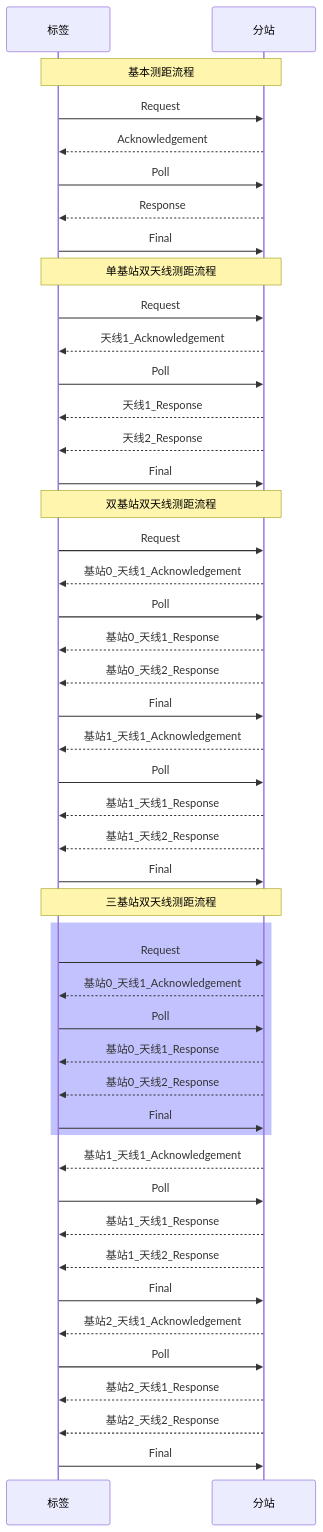
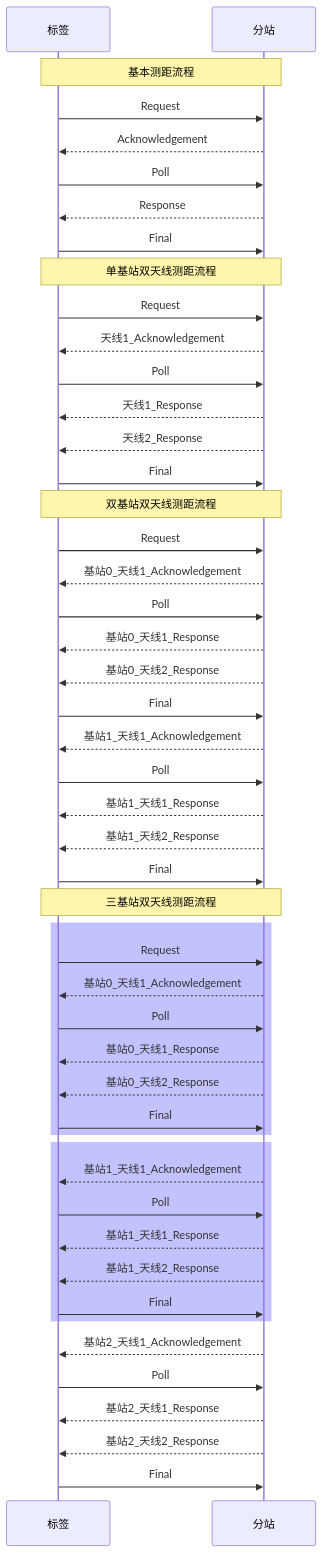
The diagram in all/未命名.md (geek-zhao/iodraw-files), drawn with Mermaid before and after one commit.

Commit message:
2024-08-17 14:19:30 update

````diff
--- a/all/未命名.md
+++ b/all/未命名.md
@@ -1,54 +1,55 @@
 ```mermaid
 sequenceDiagram
     participant tag as 标签
     participant anchor as 分站
 
     Note over tag,anchor: 基本测距流程
     tag->>anchor: Request
     anchor-->>tag: Acknowledgement
     tag->>anchor: Poll
     anchor-->>tag: Response
     tag->>anchor: Final       
 
     Note over tag,anchor: 单基站双天线测距流程
     tag->>anchor: Request
     anchor-->>tag: 天线1_Acknowledgement
     tag->>anchor: Poll
     anchor-->>tag: 天线1_Response 
     anchor-->>tag: 天线2_Response
     tag->>anchor: Final   
 
     Note over tag,anchor: 双基站双天线测距流程
     tag->>anchor: Request
     anchor-->>tag: 基站0_天线1_Acknowledgement
     tag->>anchor: Poll
     anchor-->>tag: 基站0_天线1_Response 
     anchor-->>tag: 基站0_天线2_Response
     tag->>anchor: Final   
     anchor-->>tag: 基站1_天线1_Acknowledgement
     tag->>anchor: Poll
     anchor-->>tag: 基站1_天线1_Response 
     anchor-->>tag: 基站1_天线2_Response
     tag->>anchor: Final   
 
     Note over tag,anchor: 三基站双天线测距流程
     rect rgba(0, 0, 255, .24)
     tag->>anchor: Request
     anchor-->>tag: 基站0_天线1_Acknowledgement
     tag->>anchor: Poll
     anchor-->>tag: 基站0_天线1_Response 
     anchor-->>tag: 基站0_天线2_Response
     tag->>anchor: Final   
     end
-    
+    rect rgba(0, 0, 255, .24)
     anchor-->>tag: 基站1_天线1_Acknowledgement
     tag->>anchor: Poll
     anchor-->>tag: 基站1_天线1_Response 
     anchor-->>tag: 基站1_天线2_Response
     tag->>anchor: Final   
+    end
     anchor-->>tag: 基站2_天线1_Acknowledgement
     tag->>anchor: Poll
     anchor-->>tag: 基站2_天线1_Response 
     anchor-->>tag: 基站2_天线2_Response
     tag->>anchor: Final   
 ```
````
